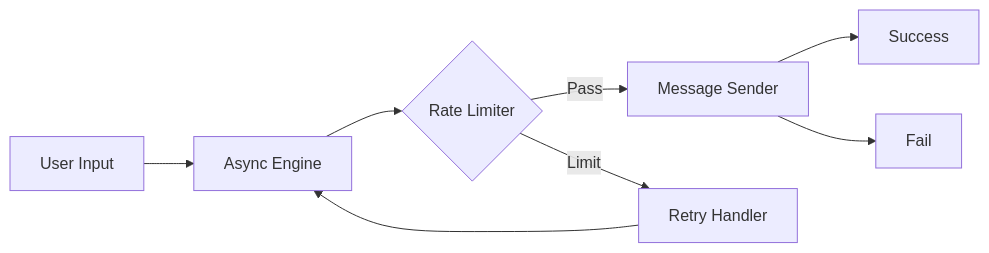
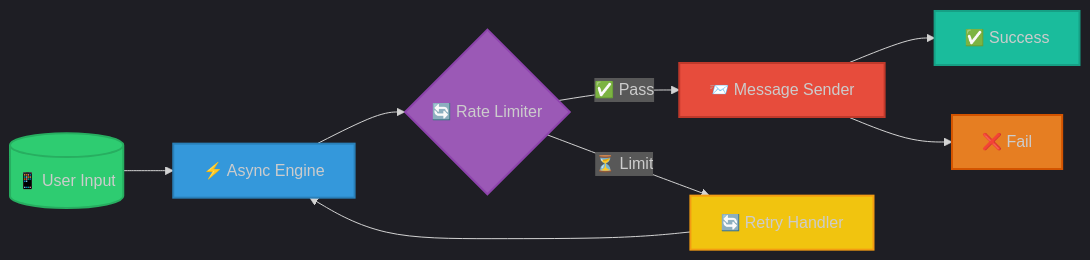
One commit to MyTheeNa/nglspammer changed the fourth of 4 diagrams in README.md. Above: the diagram before and after it, drawn with Mermaid. The commit also changed other lines of this file, not shown here.

````diff
--- a/README.md
+++ b/README.md
@@ -126,10 +60,19 @@
 ```mermaid
+%%{init: {'theme': 'dark'}}%%
 flowchart LR
-    A[User Input] --> B[Async Engine]
-    B --> C{Rate Limiter}
-    C -->|Pass| D[Message Sender]
-    C -->|Limit| E[Retry Handler]
+    style A fill:#2ecc71,stroke:#27ae60,stroke-width:2px
+    style B fill:#3498db,stroke:#2980b9,stroke-width:2px
+    style C fill:#9b59b6,stroke:#8e44ad,stroke-width:2px
+    style D fill:#e74c3c,stroke:#c0392b,stroke-width:2px
+    style E fill:#f1c40f,stroke:#f39c12,stroke-width:2px
+    style F fill:#1abc9c,stroke:#16a085,stroke-width:2px
+    style G fill:#e67e22,stroke:#d35400,stroke-width:2px
+
+    A[("📱 User Input")] --> B["⚡ Async Engine"]
+    B --> C{"🔄 Rate Limiter"}
+    C -->|"✅ Pass"| D["📨 Message Sender"]
+    C -->|"⏳ Limit"| E["🔄 Retry Handler"]
     E --> B
-    D --> F[Success]
-    D --> G[Fail]
+    D --> F["✅ Success"]
+    D --> G["❌ Fail"]
 ```
````
